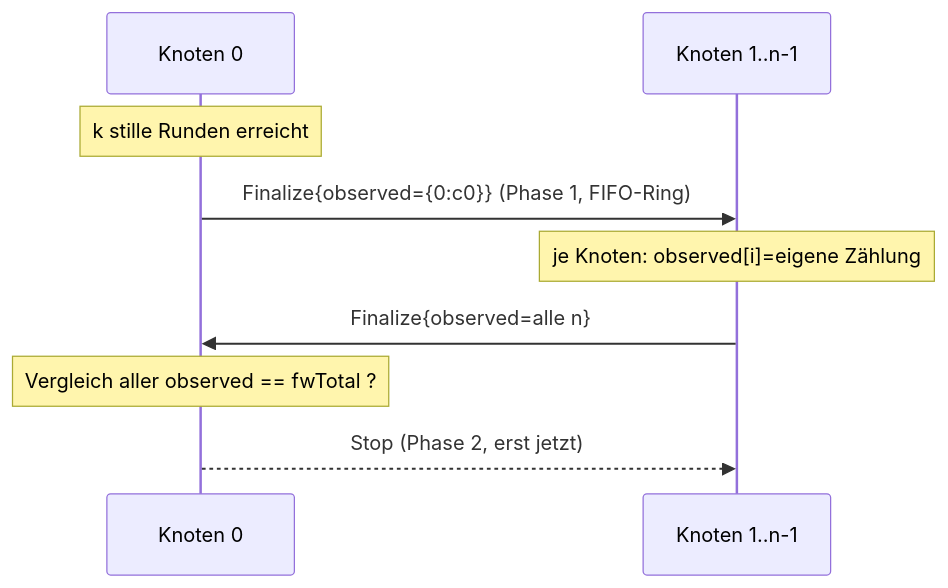
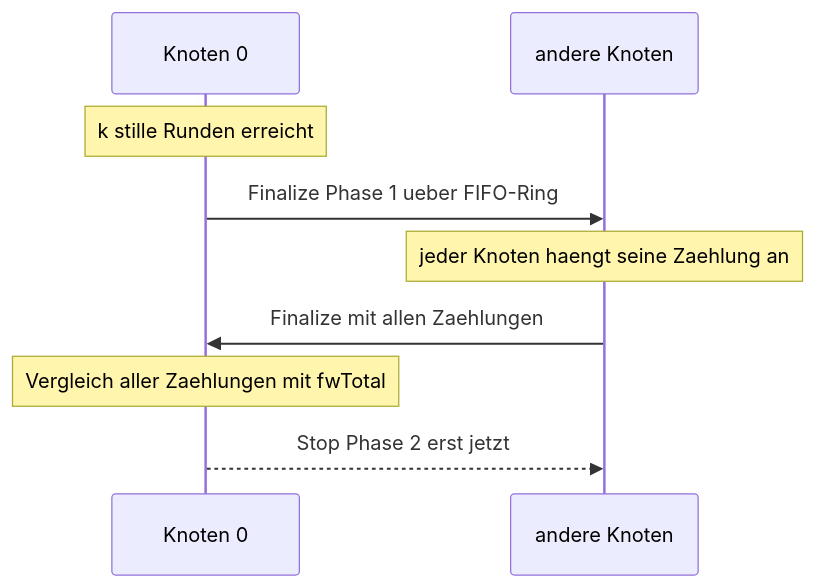
One commit to TonyMartinMikeTrinh/2026S-DS changed the third of 3 diagrams in BERICHT.md. Above: the diagram before and after it, drawn with Mermaid. The commit also changed other lines of this file, not shown here.

````diff
--- a/BERICHT.md
+++ b/BERICHT.md
@@ -164,11 +184,11 @@
 ```mermaid
 sequenceDiagram
     participant N0 as Knoten 0
-    participant Ring as Knoten 1..n-1
+    participant R as andere Knoten
     Note over N0: k stille Runden erreicht
-    N0->>Ring: Finalize{observed={0:c0}}  (Phase 1, FIFO-Ring)
-    Note over Ring: je Knoten: observed[i]=eigene Zählung
-    Ring->>N0: Finalize{observed=alle n}
-    Note over N0: Vergleich aller observed == fwTotal ?
-    N0-->>Ring: Stop (Phase 2, erst jetzt)
+    N0->>R: Finalize Phase 1 ueber FIFO-Ring
+    Note over R: jeder Knoten haengt seine Zaehlung an
+    R->>N0: Finalize mit allen Zaehlungen
+    Note over N0: Vergleich aller Zaehlungen mit fwTotal
+    N0-->>R: Stop Phase 2 erst jetzt
 ```
````
